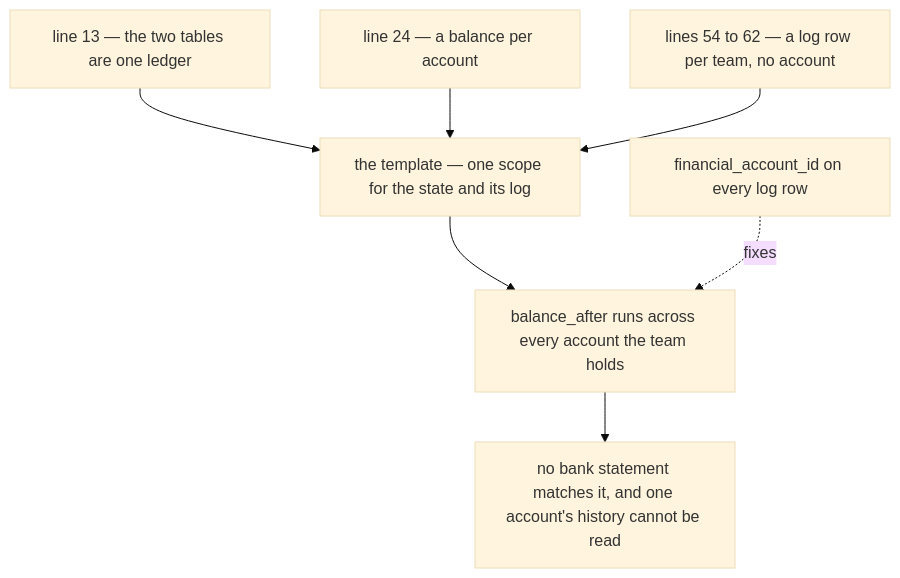
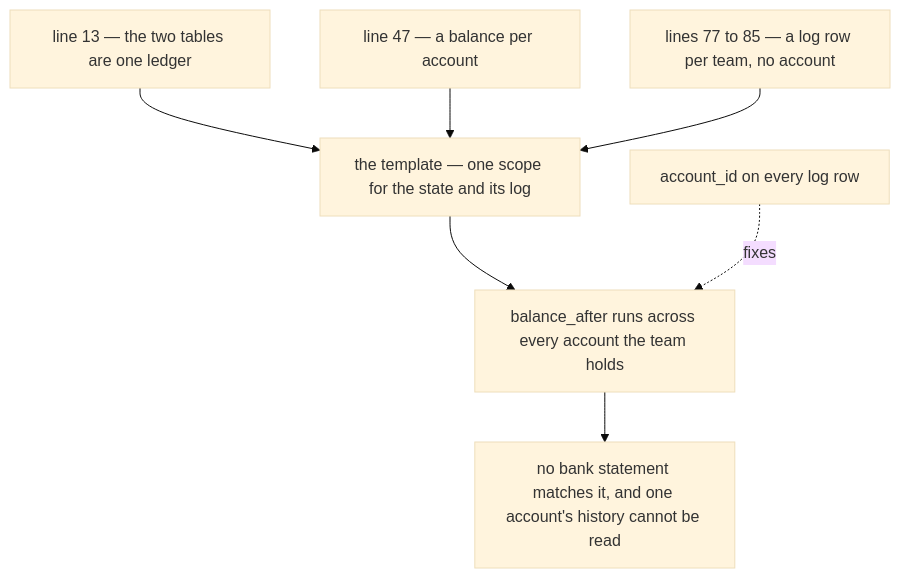
Before and after one commit to pdcgo/warehouse_revamp: the sixth of 7 diagrams in docs/business/financial_account/context_clarify.md, drawn with Mermaid (base theme). The commit also changed other lines of this file and 3 other files, not shown here.

First line of the commit message:
financial_account: record shop_accounts and operational_accounts - Q1 answered, Q11 opened

````diff
--- a/docs/business/financial_account/context_clarify.md
+++ b/docs/business/financial_account/context_clarify.md
@@ -387,9 +404,9 @@
 ```mermaid
 flowchart TB
   L13["line 13 — the two tables are one ledger"] --> T["the template — one scope for the state and its log"]
-  S["line 24 — a balance per account"] --> T
-  G["lines 54 to 62 — a log row per team, no account"] --> T
+  S["line 47 — a balance per account"] --> T
+  G["lines 77 to 85 — a log row per team, no account"] --> T
   T --> X["balance_after runs across every account the team holds"]
   X --> Y["no bank statement matches it, and one account's history cannot be read"]
-  F["financial_account_id on every log row"] -.->|"fixes"| X
+  F["account_id on every log row"] -.->|"fixes"| X
 ```
````
